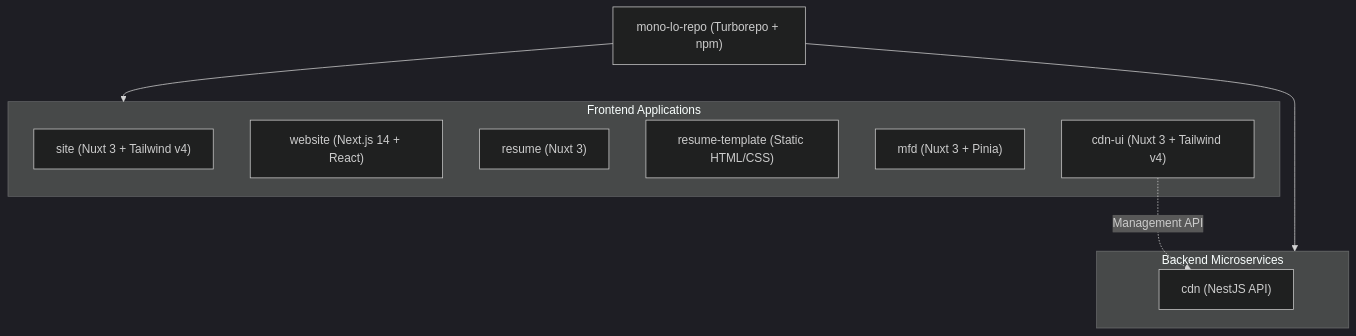
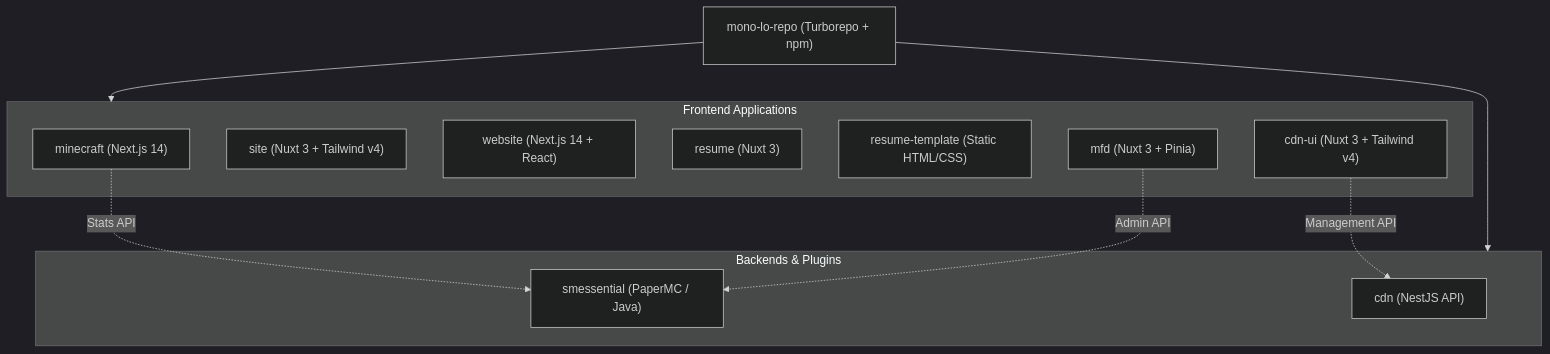
One commit to smonolo/mono-lo-repo changed the diagram in README.md. Above: the diagram before and after it, drawn with Mermaid (dark theme). The commit also changed other lines of this file, not shown here.

````diff
--- a/README.md
+++ b/README.md
@@ -33,21 +41,25 @@
 ```mermaid
 graph TD
     Root["mono-lo-repo (Turborepo + npm)"]
 
     subgraph Frontends["Frontend Applications"]
+        MINECRAFT["minecraft (Next.js 14)"]
         SITE["site (Nuxt 3 + Tailwind v4)"]
         WEBSITE["website (Next.js 14 + React)"]
         RESUME["resume (Nuxt 3)"]
         RESUME_TEMP["resume-template (Static HTML/CSS)"]
         MFD["mfd (Nuxt 3 + Pinia)"]
         CDN_UI["cdn-ui (Nuxt 3 + Tailwind v4)"]
     end
 
-    subgraph Backends["Backend Microservices"]
+    subgraph Backends["Backends & Plugins"]
         CDN["cdn (NestJS API)"]
+        SMESSENTIAL["smessential (PaperMC / Java)"]
     end
 
     Root --> Frontends
     Root --> Backends
+    MINECRAFT -. Stats API .-> SMESSENTIAL
+    MFD -. Admin API .-> SMESSENTIAL
     CDN_UI -. Management API .-> CDN
 ```
````
